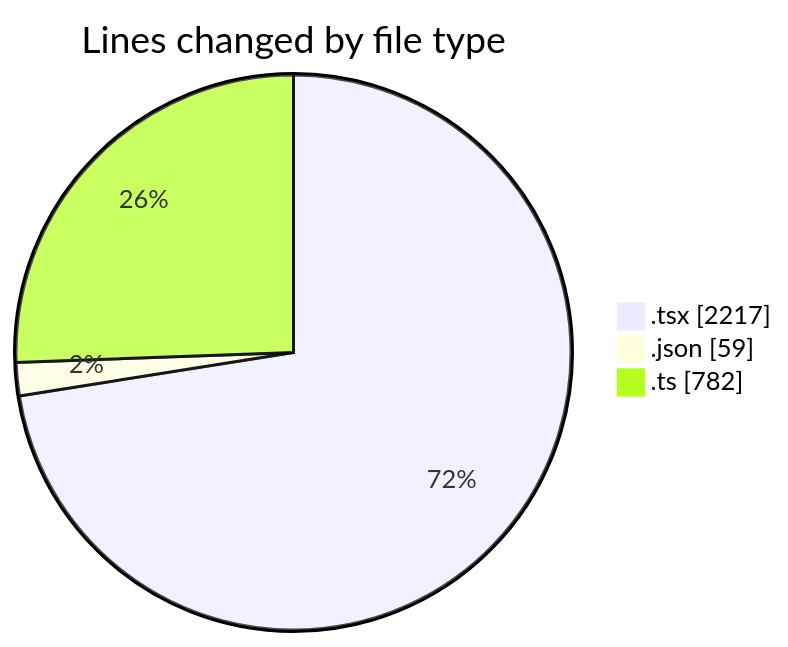
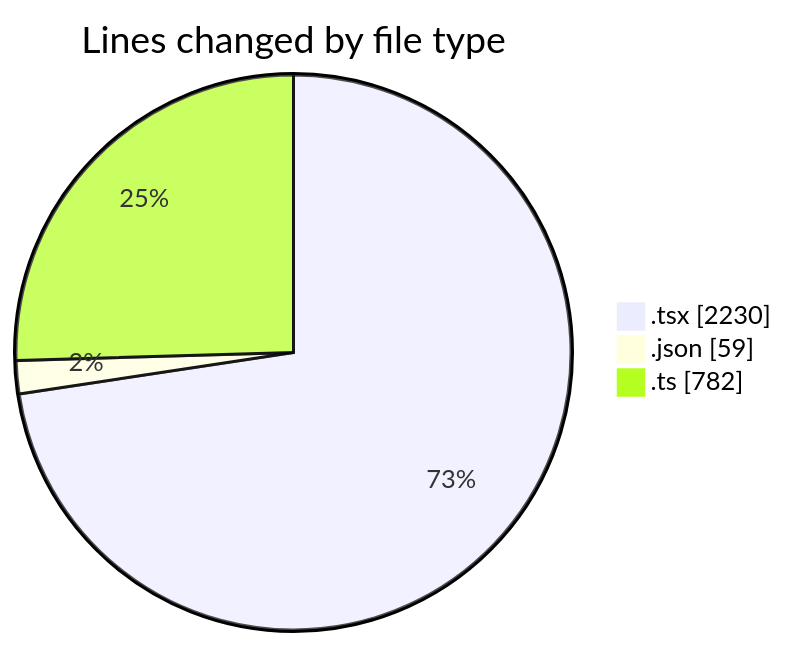
The first of 2 diagrams in 2025-11-24/cda/README.md (momahboobian/code-tracking), drawn with Mermaid before and after one commit. The commit also changed other lines of this file and 1 other file, not shown here.

````diff
--- a/2025-11-24/cda/README.md
+++ b/2025-11-24/cda/README.md
@@ -31,7 +31,7 @@
 ```mermaid
 pie showData
 title Lines changed by file type
-".tsx" : 2217
+".tsx" : 2230
 ".json" : 59
 ".ts" : 782
 ```
````
